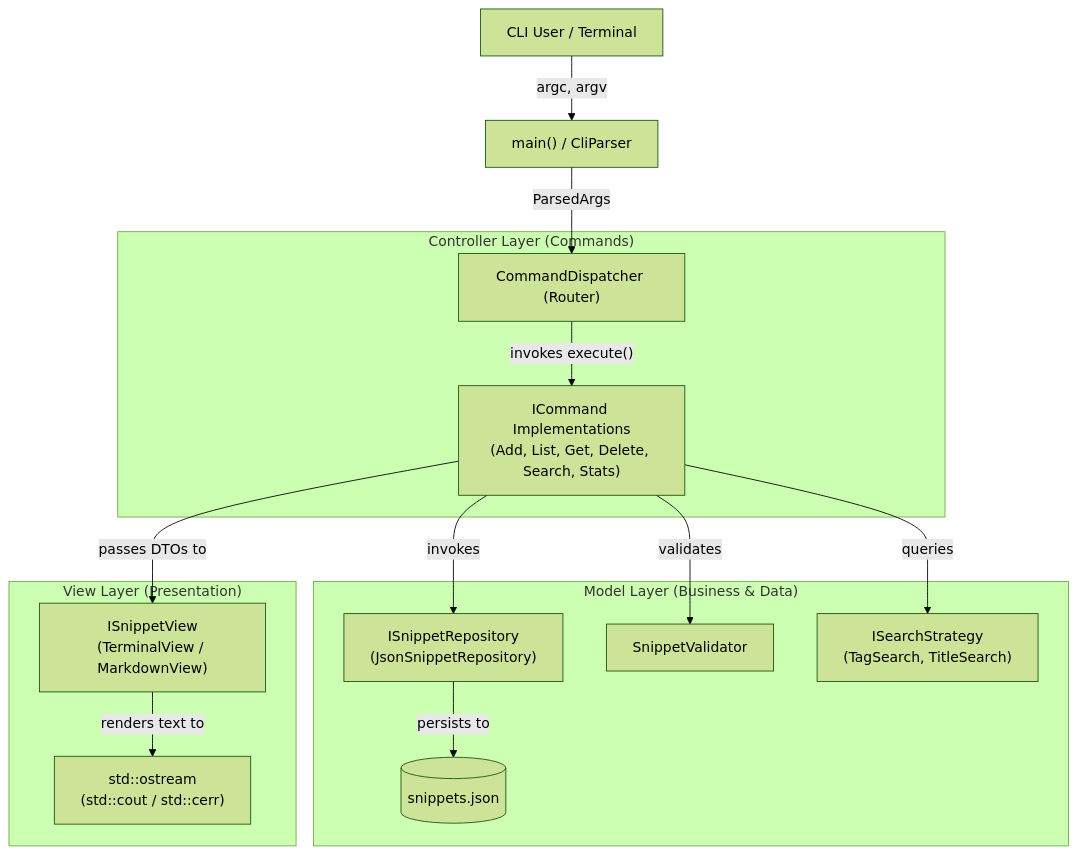
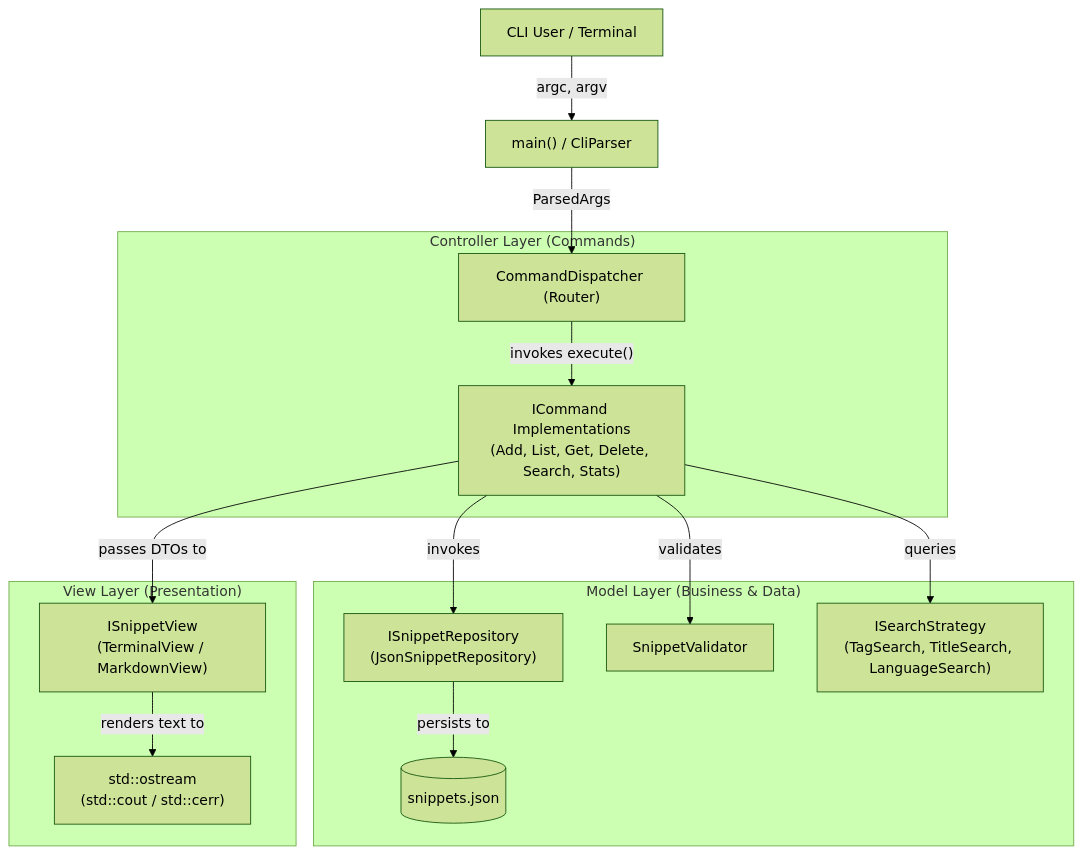
One commit to chowdhuryrifat/SnipCLI changed the diagram in docs/ARCHITECTURE.md. Above: the diagram before and after it, drawn with Mermaid (forest theme). The commit also changed other lines of this file and 57 other files, not shown here.

````diff
--- a/docs/ARCHITECTURE.md
+++ b/docs/ARCHITECTURE.md
@@ -13,21 +13,21 @@
 ```mermaid
 flowchart TD
     User["CLI User / Terminal"] -->|"argc, argv"| Main["main() / CliParser"]
     Main -->|ParsedArgs| Dispatcher["CommandDispatcher (Router)"]
     
     subgraph Controller_Layer ["Controller Layer (Commands)"]
         Dispatcher -->|"invokes execute()"| Cmd["ICommand Implementations<br/>(Add, List, Get, Delete, Search, Stats)"]
     end
     
     subgraph Model_Layer ["Model Layer (Business & Data)"]
         Cmd -->|invokes| Repo["ISnippetRepository<br/>(JsonSnippetRepository)"]
         Cmd -->|validates| Val["SnippetValidator"]
-        Cmd -->|queries| Strat["ISearchStrategy<br/>(TagSearch, TitleSearch)"]
+        Cmd -->|queries| Strat["ISearchStrategy<br/>(TagSearch, TitleSearch, LanguageSearch)"]
         Repo -->|"persists to"| Storage[("snippets.json")]
     end
     
     subgraph View_Layer ["View Layer (Presentation)"]
         Cmd -->|passes DTOs to| View["ISnippetView<br/>(TerminalView / MarkdownView)"]
         View -->|renders text to| Stream["std::ostream<br/>(std::cout / std::cerr)"]
     end
 ```
````
